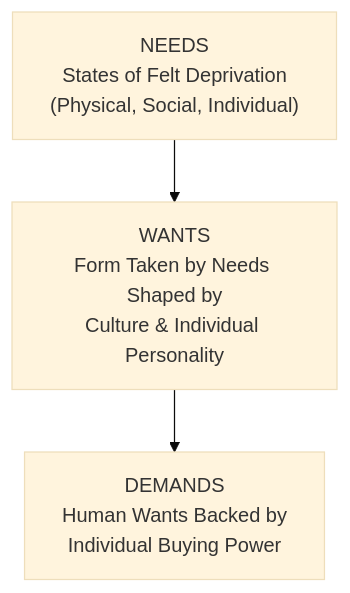
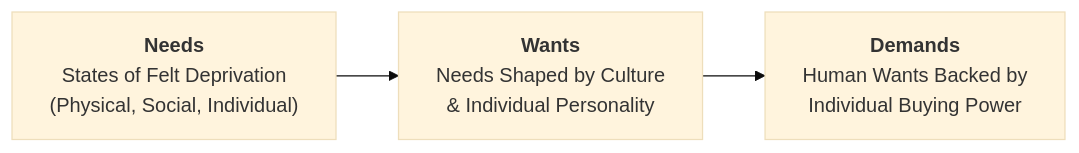
The second of 11 diagrams in content/courses/mk3-marketing-management/week-01/index.md (egxl/MBA), drawn with Mermaid (base theme) before and after one commit. The commit also changed other lines of this file and 317 other files, not shown here.

````diff
--- a/content/courses/mk3-marketing-management/week-01/index.md
+++ b/content/courses/mk3-marketing-management/week-01/index.md
@@ -74,5 +75,5 @@
 ```mermaid
-flowchart TD
-    A["NEEDS<br>States of Felt Deprivation<br>(Physical, Social, Individual)"] --> B["WANTS<br>Form Taken by Needs Shaped by<br>Culture & Individual Personality"]
-    B --> C["DEMANDS<br>Human Wants Backed by<br>Individual Buying Power"]
+flowchart LR
+    A["<b>Needs</b><br/>States of Felt Deprivation<br/>(Physical, Social, Individual)"] --> B["<b>Wants</b><br/>Needs Shaped by Culture<br/>& Individual Personality"]
+    B --> C["<b>Demands</b><br/>Human Wants Backed by<br/>Individual Buying Power"]
 ```
````
